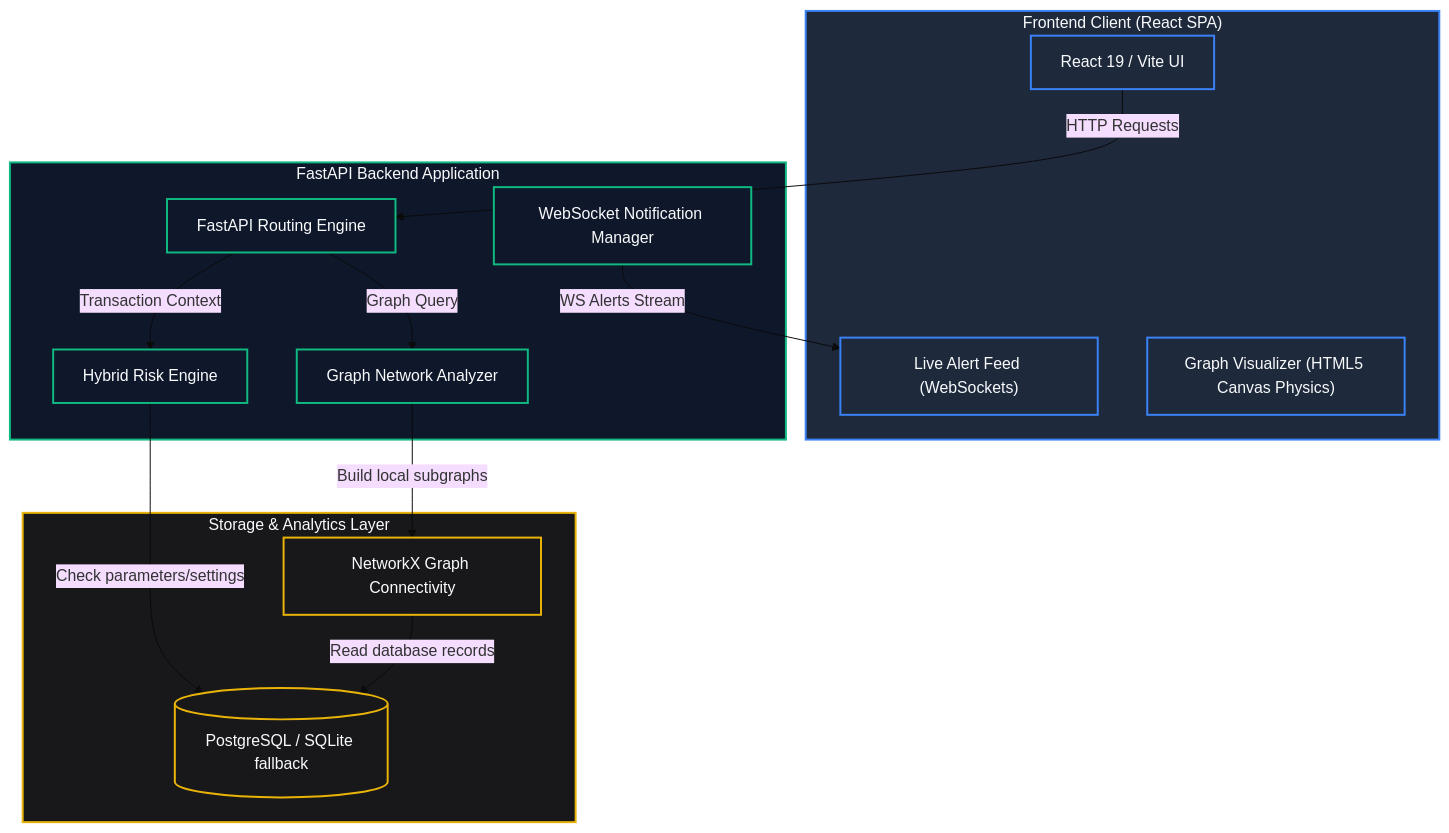
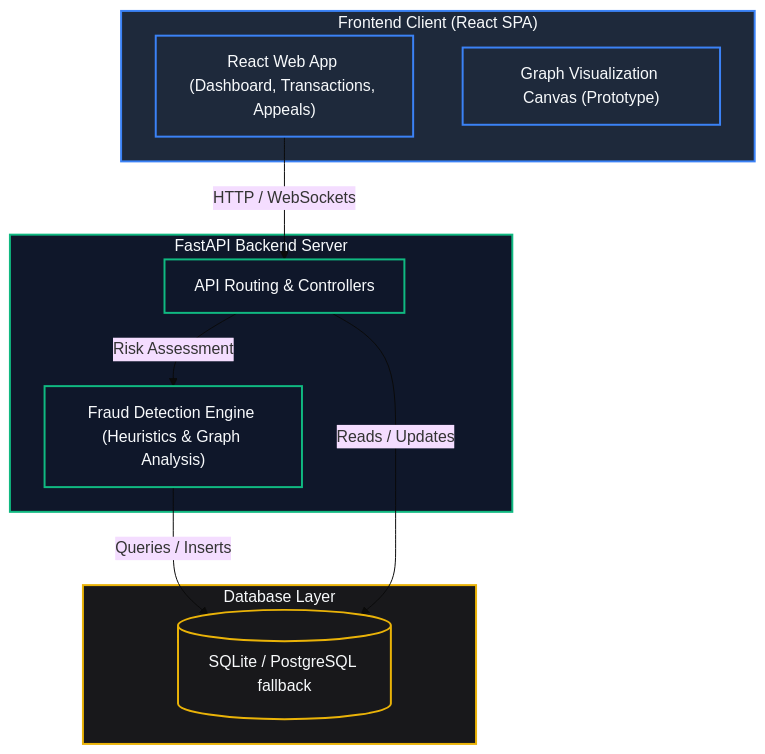
Before and after one commit to raghavendra3107/TrustGraph-AI: the first of 2 diagrams in README.md, drawn with Mermaid (base theme). The commit also changed other lines of this file, not shown here.

````diff
--- a/README.md
+++ b/README.md
@@ -47,38 +41,30 @@
 ```mermaid
 graph TD
-    %% Define components
-    subgraph Client ["Frontend Client (React SPA)"]
-        UI["React 19 / Vite UI"]
-        LC["Live Alert Feed (WebSockets)"]
-        CV["Graph Visualizer (HTML5 Canvas Physics)"]
+    subgraph Frontend ["Frontend Client (React SPA)"]
+        UI["React Web App (Dashboard, Transactions, Appeals)"]
+        GV["Graph Visualization Canvas (Prototype)"]
     end
 
-    subgraph Server ["FastAPI Backend Application"]
-        API["FastAPI Routing Engine"]
-        HRE["Hybrid Risk Engine"]
-        GA["Graph Network Analyzer"]
-        NM["WebSocket Notification Manager"]
+    subgraph Backend ["FastAPI Backend Server"]
+        API["API Routing & Controllers"]
+        FDE["Fraud Detection Engine (Heuristics & Graph Analysis)"]
     end
 
-    subgraph Data ["Storage & Analytics Layer"]
-        DB[(PostgreSQL / SQLite fallback)]
-        NX["NetworkX Graph Connectivity"]
+    subgraph Database ["Database Layer"]
+        DB[(SQLite / PostgreSQL fallback)]
     end
 
-    %% Communication paths
-    UI -->|HTTP Requests| API
-    NM -->|WS Alerts Stream| LC
-    API -->|Transaction Context| HRE
-    API -->|Graph Query| GA
-    HRE -->|Check parameters/settings| DB
-    GA -->|Build local subgraphs| NX
-    NX -->|Read database records| DB
+    %% Communication
+    UI -->|HTTP / WebSockets| API
+    API -->|Risk Assessment| FDE
+    FDE -->|Queries / Inserts| DB
+    API -->|Reads / Updates| DB
 
     %% Styling
-    classDef client fill:#1e293b,stroke:#3b82f6,stroke-width:2px,color:#f8fafc;
-    classDef server fill:#0f172a,stroke:#10b981,stroke-width:2px,color:#f8fafc;
-    classDef data fill:#18181b,stroke:#eab308,stroke-width:2px,color:#f8fafc;
-    class Server,API,HRE,GA,NM server;
-    class Client,UI,LC,CV client;
-    class Data,DB,NX data;
+    classDef fe fill:#1e293b,stroke:#3b82f6,stroke-width:2px,color:#f8fafc;
+    classDef be fill:#0f172a,stroke:#10b981,stroke-width:2px,color:#f8fafc;
+    classDef db fill:#18181b,stroke:#eab308,stroke-width:2px,color:#f8fafc;
+    class Frontend,UI,GV fe;
+    class Backend,API,FDE be;
+    class Database,DB db;
 ```
````
